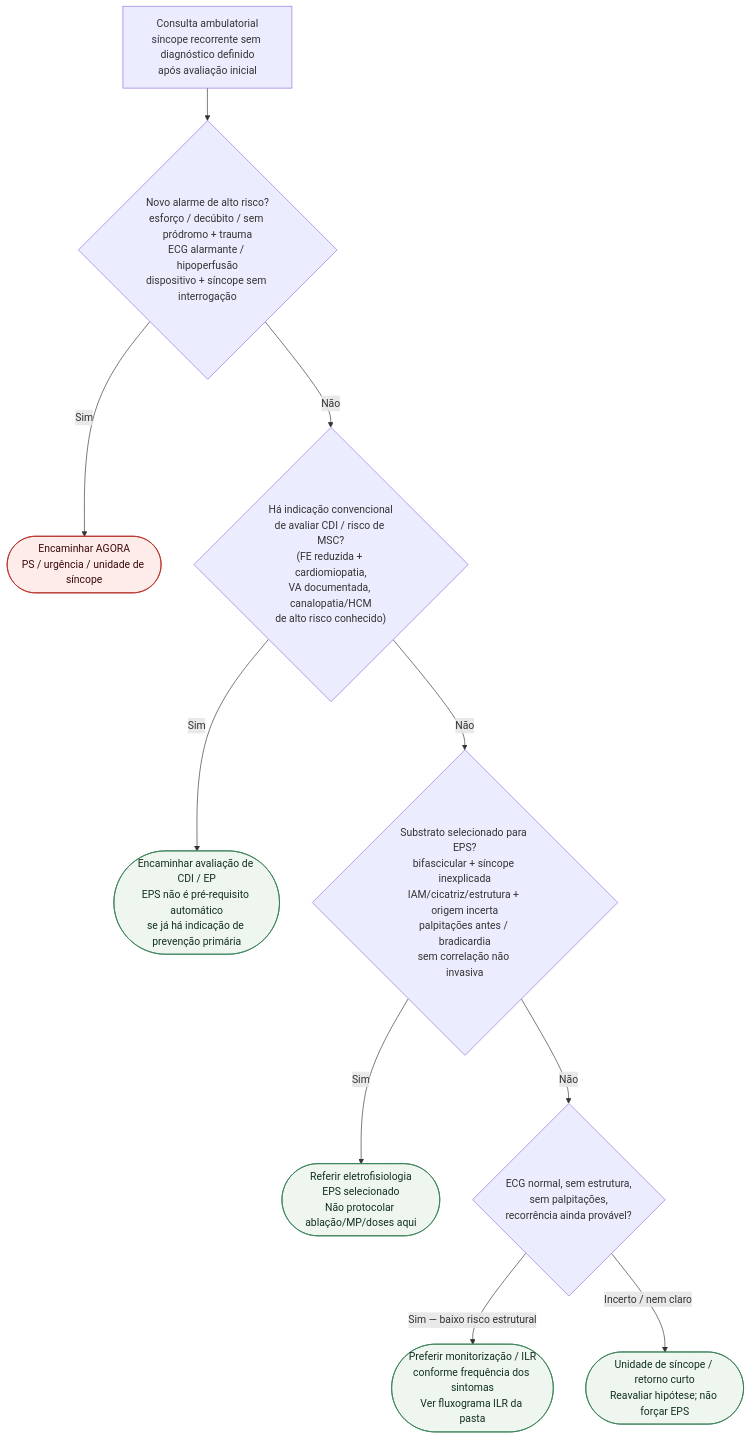
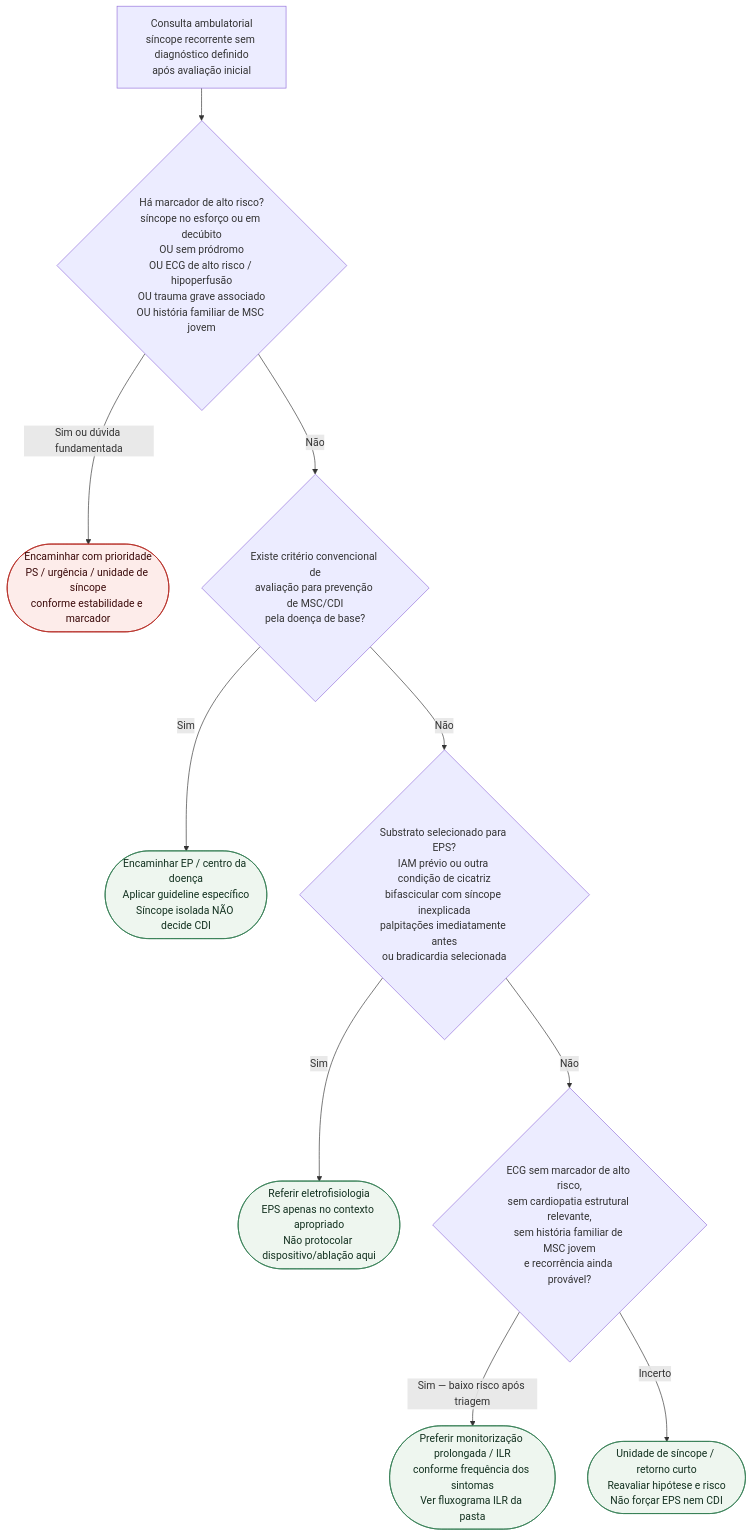
The diagram in content/Síncope/fluxograma-ambulatorial-sincope-recorrente-eps-versus-ilr-destino.md (rafaelpaesmeirelles/MeuCardio), drawn with Mermaid before and after one commit. The commit also changed other lines of this file, not shown here.

Commit message:
fix(content): corrige fluxo EPS ILR CDI na síncope

````diff
--- a/content/Síncope/fluxograma-ambulatorial-sincope-recorrente-eps-versus-ilr-destino.md
+++ b/content/Síncope/fluxograma-ambulatorial-sincope-recorrente-eps-versus-ilr-destino.md
@@ -22,24 +23,24 @@
 ```mermaid
 flowchart TD
-  R0["Consulta ambulatorial<br/>síncope recorrente sem diagnóstico definido<br/>após avaliação inicial"] --> D1{"Novo alarme de alto risco?<br/>esforço / decúbito / sem pródromo + trauma<br/>ECG alarmante / hipoperfusão<br/>dispositivo + síncope sem interrogação"}
+  R0["Consulta ambulatorial<br/>síncope recorrente sem diagnóstico definido<br/>após avaliação inicial"] --> D1{"Há marcador de alto risco?<br/>síncope no esforço ou em decúbito<br/>OU sem pródromo<br/>OU ECG de alto risco / hipoperfusão<br/>OU trauma grave associado<br/>OU história familiar de MSC jovem"}
 
-  D1 -->|"Sim"| C1(["Encaminhar AGORA<br/>PS / urgência / unidade de síncope"])
+  D1 -->|"Sim ou dúvida fundamentada"| C1(["Encaminhar com prioridade<br/>PS / urgência / unidade de síncope<br/>conforme estabilidade e marcador"])
 
-  D1 -->|"Não"| D2{"Há indicação convencional<br/>de avaliar CDI / risco de MSC?<br/>(FE reduzida + cardiomiopatia,<br/>VA documentada, canalopatia/HCM<br/>de alto risco conhecido)"}
+  D1 -->|"Não"| D2{"Existe critério convencional de<br/>avaliação para prevenção de MSC/CDI<br/>pela doença de base?"}
 
-  D2 -->|"Sim"| C2(["Encaminhar avaliação de CDI / EP<br/>EPS não é pré-requisito automático<br/>se já há indicação de prevenção primária"])
+  D2 -->|"Sim"| C2(["Encaminhar EP / centro da doença<br/>Aplicar guideline específico<br/>Síncope isolada NÃO decide CDI"])
 
-  D2 -->|"Não"| D3{"Substrato selecionado para EPS?<br/>bifascicular + síncope inexplicada<br/>IAM/cicatriz/estrutura + origem incerta<br/>palpitações antes / bradicardia<br/>sem correlação não invasiva"}
+  D2 -->|"Não"| D3{"Substrato selecionado para EPS?<br/>IAM prévio ou outra condição de cicatriz<br/>bifascicular com síncope inexplicada<br/>palpitações imediatamente antes<br/>ou bradicardia selecionada"}
 
-  D3 -->|"Sim"| C3(["Referir eletrofisiologia<br/>EPS selecionado<br/>Não protocolar ablação/MP/doses aqui"])
+  D3 -->|"Sim"| C3(["Referir eletrofisiologia<br/>EPS apenas no contexto apropriado<br/>Não protocolar dispositivo/ablação aqui"])
 
-  D3 -->|"Não"| D4{"ECG normal, sem estrutura,<br/>sem palpitações,<br/>recorrência ainda provável?"}
+  D3 -->|"Não"| D4{"ECG sem marcador de alto risco,<br/>sem cardiopatia estrutural relevante,<br/>sem história familiar de MSC jovem<br/>e recorrência ainda provável?"}
 
-  D4 -->|"Sim — baixo risco estrutural"| C4(["Preferir monitorização / ILR<br/>conforme frequência dos sintomas<br/>Ver fluxograma ILR da pasta"])
-  D4 -->|"Incerto / nem claro"| C5(["Unidade de síncope / retorno curto<br/>Reavaliar hipótese; não forçar EPS"])
+  D4 -->|"Sim — baixo risco após triagem"| C4(["Preferir monitorização prolongada / ILR<br/>conforme frequência dos sintomas<br/>Ver fluxograma ILR da pasta"])
+  D4 -->|"Incerto"| C5(["Unidade de síncope / retorno curto<br/>Reavaliar hipótese e risco<br/>Não forçar EPS nem CDI"])
 
   classDef conduta fill:#eef6ef,stroke:#2f7a4f,color:#12301f;
   classDef alerta fill:#fdecea,stroke:#b3261e,color:#3b0a0a;
   class C1 alerta;
   class C2,C3,C4,C5 conduta;
 ```
````
